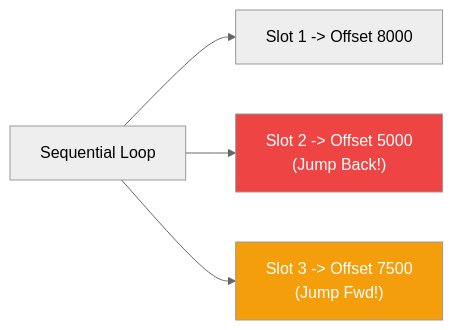
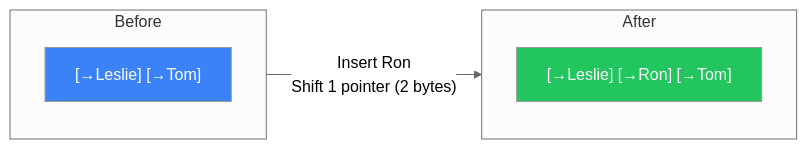
Before and after one commit to Patel-Neel-346/Notes: the fourth of 7 diagrams in Database/Database Internal Book version/1-Storage Engine/Chapter-3 File Formats/FileFormat.md, drawn with Mermaid (neutral theme). The commit also changed other lines of this file and 2 other files, not shown here.

````diff
--- a/Database/Database Internal Book version/1-Storage Engine/Chapter-3 File Formats/FileFormat.md
+++ b/Database/Database Internal Book version/1-Storage Engine/Chapter-3 File Formats/FileFormat.md
@@ -122,9 +259,13 @@
 ```mermaid
 flowchart LR
-    Q["Sequential Loop"] --> Slot1["Slot 1 -> Offset 8000"]
-    Q --> Slot2["Slot 2 -> Offset 5000\n(Jump Back!)"]
-    Q --> Slot3["Slot 3 -> Offset 7500\n(Jump Fwd!)"]
+    subgraph Before
+        P1["[→Leslie] [→Tom]"]
+    end
+    subgraph After
+        P2["[→Leslie] [→Ron] [→Tom]"]
+    end
+    Before -->|"Insert Ron\nShift 1 pointer (2 bytes)"| After
     
-    style Slot2 fill:#ef4444,color:#fff
-    style Slot3 fill:#f59e0b,color:#fff
+    style P1 fill:#3b82f6,color:#fff
+    style P2 fill:#22c55e,color:#fff
 ```
````
